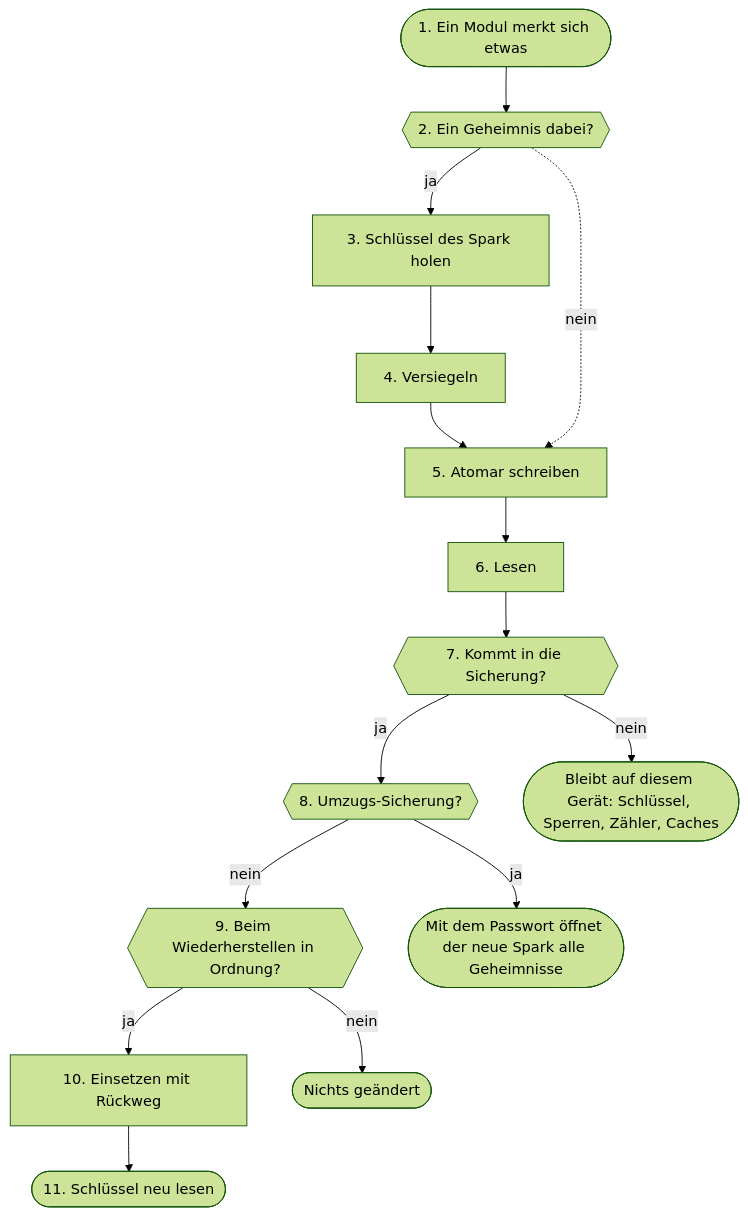
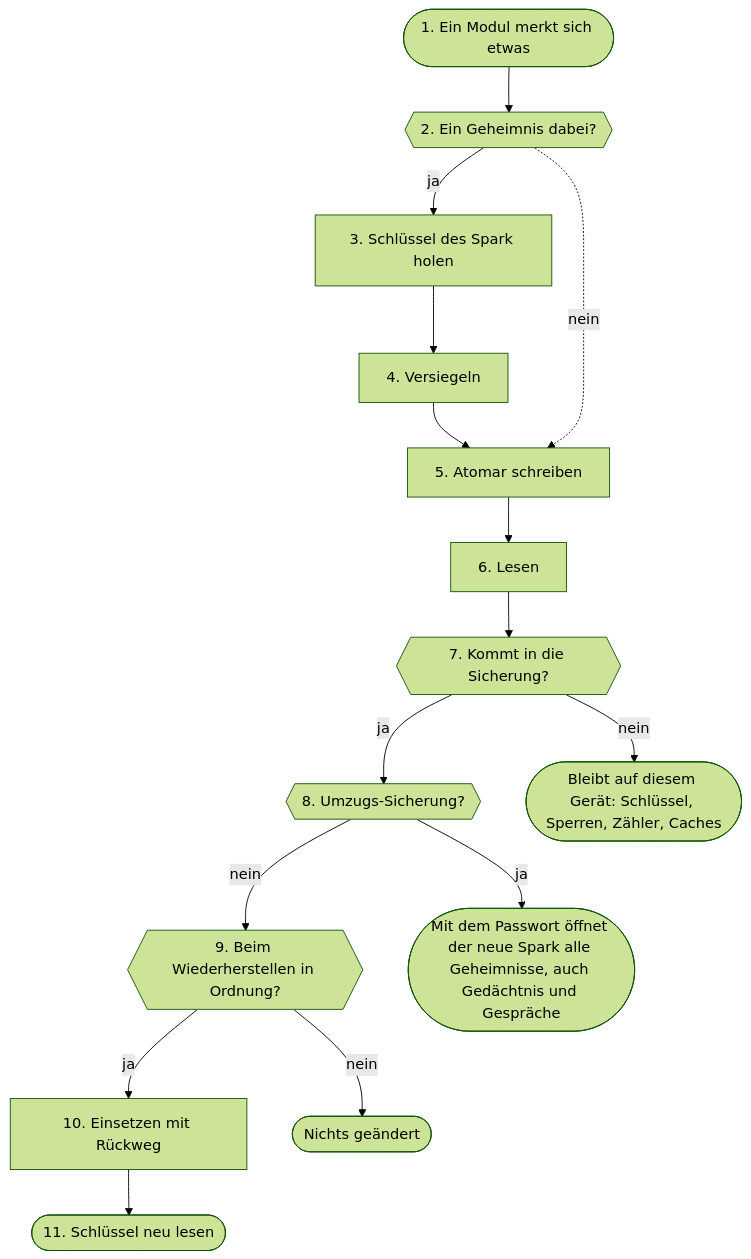
Before and after one commit to db9979/speech-on-dgx-spark: diagram 24 of 31 in docs/de/architektur.md, drawn with Mermaid (forest theme). The commit also changed other lines of this file and 39 other files, not shown here.

First line of the commit message:
V01.1.251 Gedächtnis und Gespräche versiegelt (Plan nutzerwissen, Stufe 4b)

````diff
--- a/docs/de/architektur.md
+++ b/docs/de/architektur.md
@@ -3444,31 +3453,31 @@
 ```mermaid
 flowchart TD
   s1(["1. Ein Modul merkt sich etwas"])
   s2{{"2. Ein Geheimnis dabei?"}}
   s3["3. Schlüssel des Spark holen"]
   s4["4. Versiegeln"]
   s5["5. Atomar schreiben"]
   s6["6. Lesen"]
   s7{{"7. Kommt in die Sicherung?"}}
   s8{{"8. Umzugs-Sicherung?"}}
   s9{{"9. Beim Wiederherstellen in Ordnung?"}}
   s10["10. Einsetzen mit Rückweg"]
   s11(["11. Schlüssel neu lesen"])
   s1 --> s2
   s2 -->|ja| s3
   s3 --> s4
   s4 --> s5
   s5 --> s6
   s6 --> s7
   s7 -->|ja| s8
   s8 -->|nein| s9
   s9 -->|ja| s10
   s10 --> s11
   s2 -.->|nein| s5
   s7x(["Bleibt auf diesem Gerät: Schlüssel, Sperren, Zähler, Caches"])
   s7 -->|nein| s7x
-  s8x(["Mit dem Passwort öffnet der neue Spark alle Geheimnisse"])
+  s8x(["Mit dem Passwort öffnet der neue Spark alle Geheimnisse, auch Gedächtnis und Gespräche"])
   s8 -->|ja| s8x
   s9x(["Nichts geändert"])
   s9 -->|nein| s9x
 ```
````
